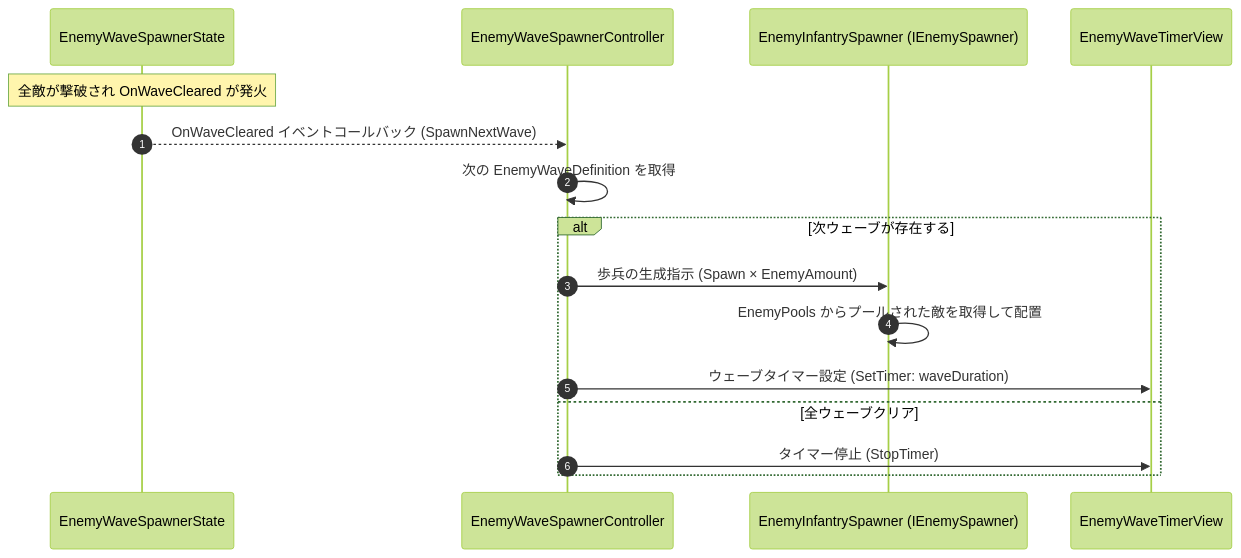
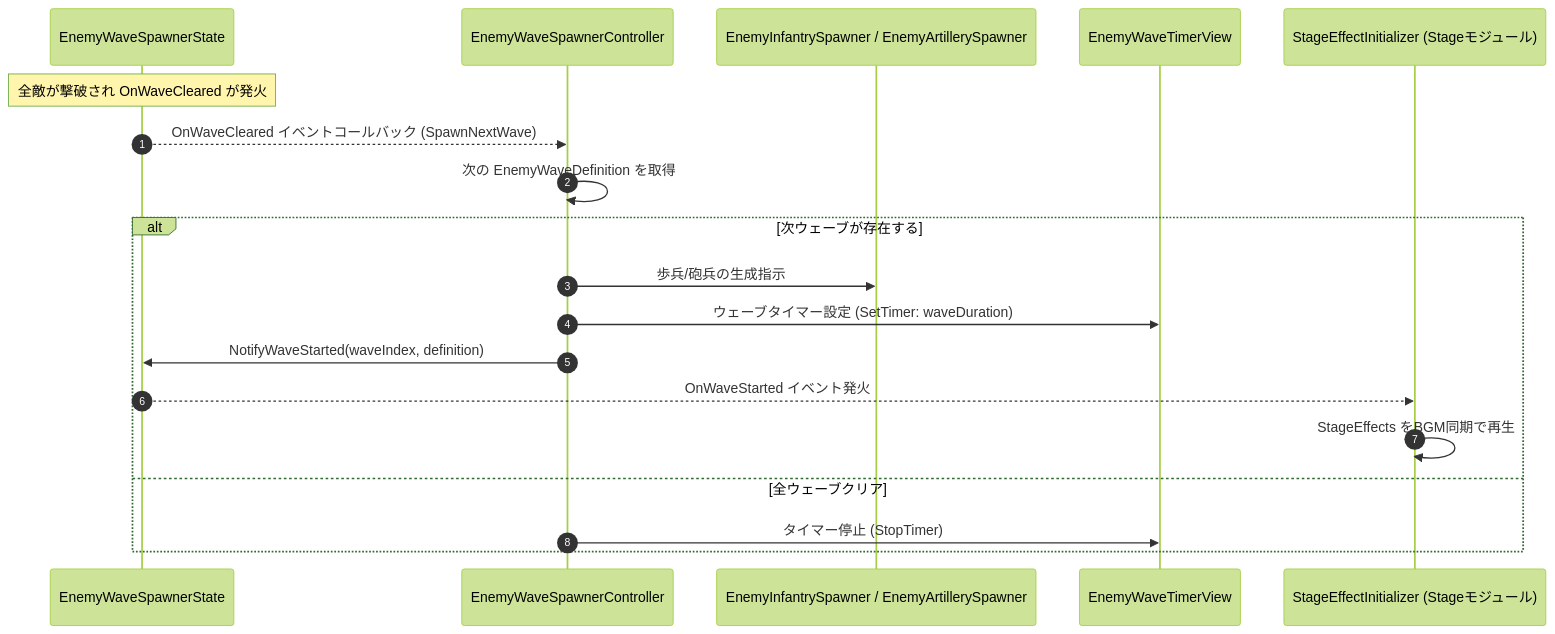
The fourth of 4 diagrams in Assets/Docs/ScriptsDocs/Modules/NotionModuleDocs/Enemy.md (HIBIKI5201/SymphonyKillChord), drawn with Mermaid (forest theme) before and after one commit. The commit also changed other lines of this file and 60 other files, not shown here.

````diff
--- a/Assets/Docs/ScriptsDocs/Modules/NotionModuleDocs/Enemy.md
+++ b/Assets/Docs/ScriptsDocs/Modules/NotionModuleDocs/Enemy.md
@@ -175,19 +204,22 @@
 ```mermaid
 sequenceDiagram
     autonumber
     participant EWState as EnemyWaveSpawnerState
     participant EWCont as EnemyWaveSpawnerController
-    participant EInfSpawner as EnemyInfantrySpawner (IEnemySpawner)
+    participant Spawner as EnemyInfantrySpawner / EnemyArtillerySpawner
     participant EWTimerView as EnemyWaveTimerView
+    participant StageEffect as StageEffectInitializer (Stageモジュール)
 
     Note over EWState: 全敵が撃破され OnWaveCleared が発火
     EWState -->> EWCont: OnWaveCleared イベントコールバック (SpawnNextWave)
     EWCont ->> EWCont: 次の EnemyWaveDefinition を取得
     alt 次ウェーブが存在する
-        EWCont ->> EInfSpawner: 歩兵の生成指示 (Spawn × EnemyAmount)
-        EInfSpawner ->> EInfSpawner: EnemyPools からプールされた敵を取得して配置
+        EWCont ->> Spawner: 歩兵/砲兵の生成指示
         EWCont ->> EWTimerView: ウェーブタイマー設定 (SetTimer: waveDuration)
+        EWCont ->> EWState: NotifyWaveStarted(waveIndex, definition)
+        EWState -->> StageEffect: OnWaveStarted イベント発火
+        StageEffect ->> StageEffect: StageEffects をBGM同期で再生
     else 全ウェーブクリア
         EWCont ->> EWTimerView: タイマー停止 (StopTimer)
     end
 ```
````
